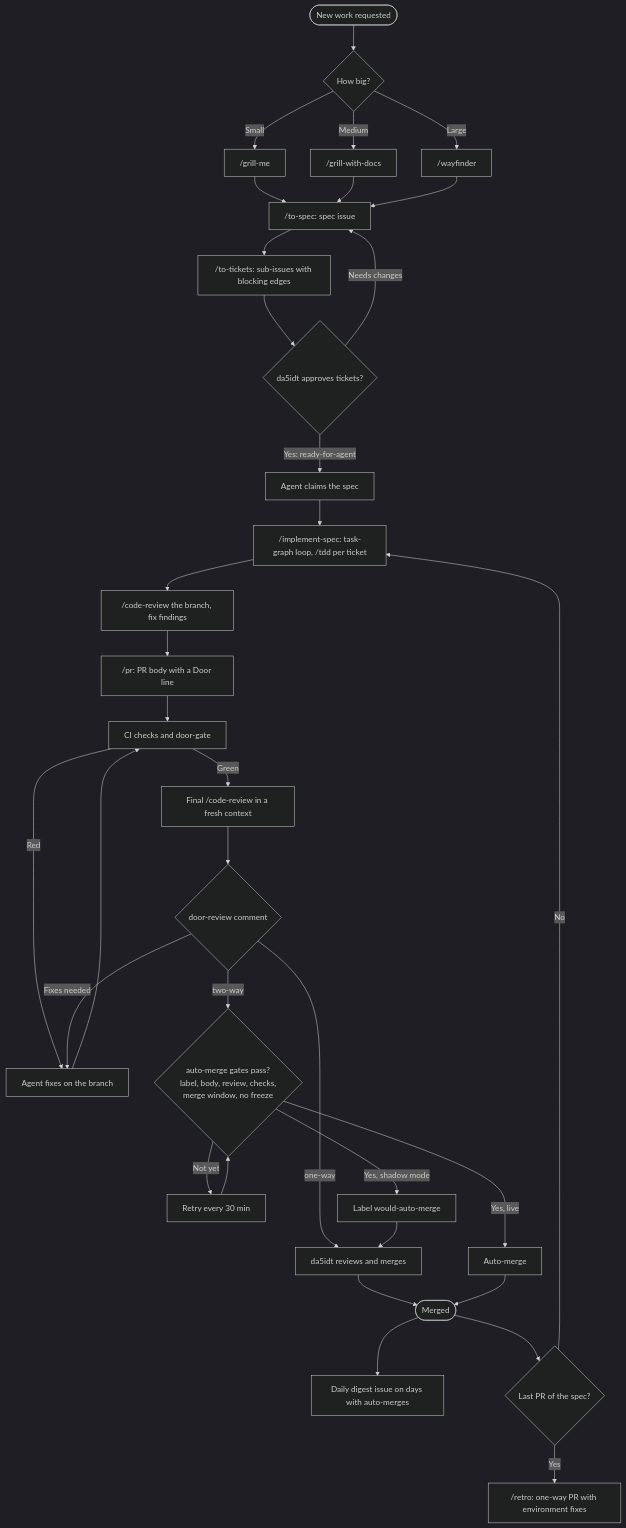
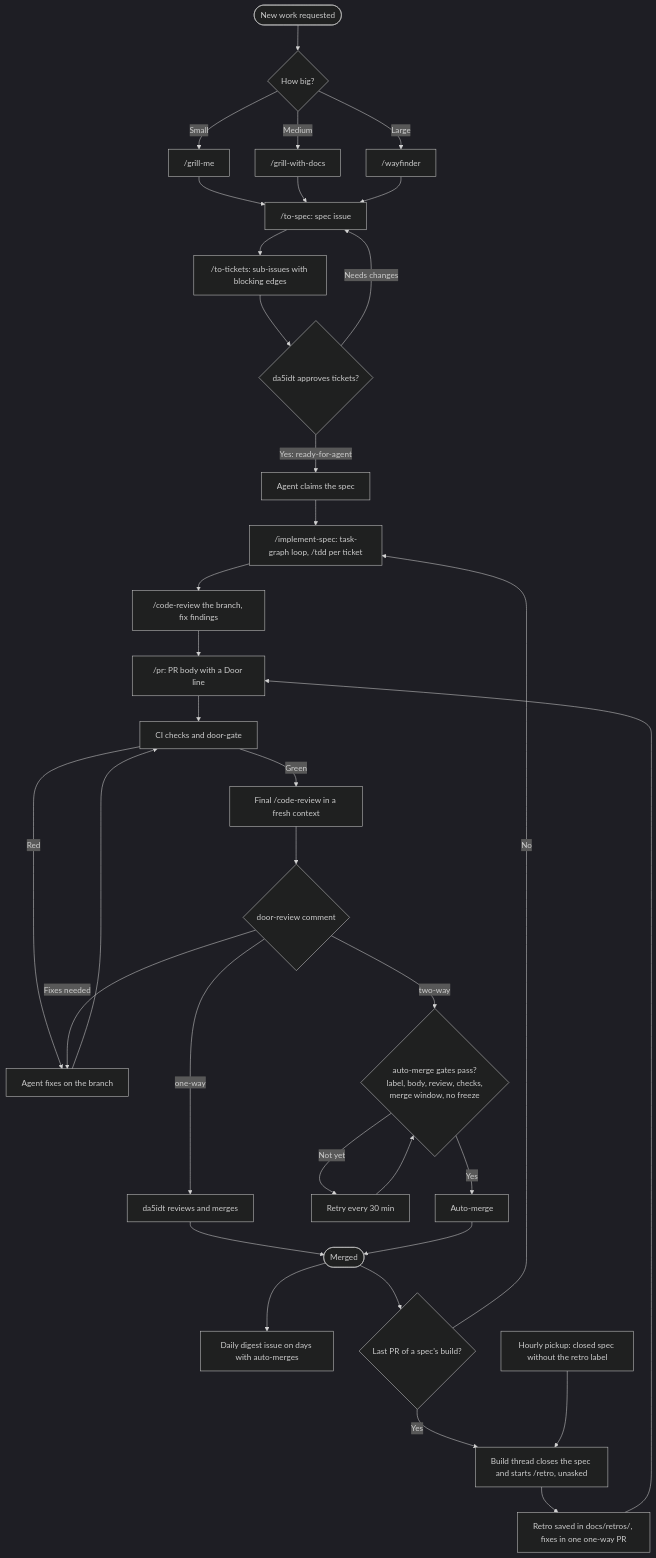
One commit to da5idt/ironfront changed the diagram in docs/workflow.md. Above: the diagram before and after it, drawn with Mermaid (dark theme). The commit also changed other lines of this file and 9 other files, not shown here.

````diff
--- a/docs/workflow.md
+++ b/docs/workflow.md
@@ -5,33 +5,35 @@
 ```mermaid
 flowchart TD
     A([New work requested]) --> B{How big?}
     B -->|Small| C["/grill-me"]
     B -->|Medium| D["/grill-with-docs"]
     B -->|Large| E["/wayfinder"]
     C --> F["/to-spec: spec issue"]
     D --> F
     E --> F
     F --> G["/to-tickets: sub-issues with blocking edges"]
     G --> H{"da5idt approves tickets?"}
     H -->|Needs changes| F
     H -->|"Yes: ready-for-agent"| I[Agent claims the spec]
     I --> J["/implement-spec: task-graph loop, /tdd per ticket"]
     J --> K["/code-review the branch, fix findings"]
     K --> L["/pr: PR body with a Door line"]
     L --> M[CI checks and door-gate]
     M -->|Red| N[Agent fixes on the branch] --> M
     M -->|Green| O["Final /code-review in a fresh context"]
     O --> P{door-review comment}
     P -->|Fixes needed| N
     P -->|one-way| Q["da5idt reviews and merges"]
     P -->|two-way| R{"auto-merge gates pass?<br/>label, body, review, checks,<br/>merge window, no freeze"}
     R -->|Not yet| S[Retry every 30 min] --> R
-    R -->|Yes, shadow mode| T[Label would-auto-merge] --> Q
-    R -->|Yes, live| U[Auto-merge]
+    R -->|Yes| U[Auto-merge]
     Q --> V([Merged])
     U --> V
     V --> W[Daily digest issue on days with auto-merges]
-    V --> X{Last PR of the spec?}
+    V --> X{Last PR of a spec's build?}
     X -->|No| J
-    X -->|Yes| Y["/retro: one-way PR with environment fixes"]
+    X -->|Yes| Y["Build thread closes the spec and starts /retro, unasked"]
+    Z["Hourly pickup: closed spec without the retro label"] --> Y
+    Y --> AA["Retro saved in docs/retros/, fixes in one one-way PR"]
+    AA --> L
 ```
````
